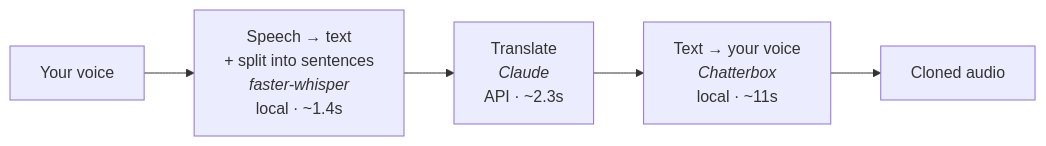
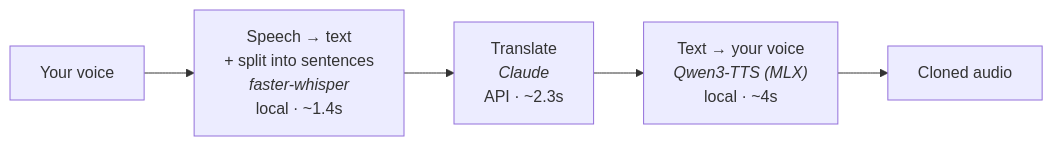
Before and after one commit to everyonesok/whisper-t: the diagram in README.md, drawn with Mermaid. The commit also changed other lines of this file and 8 other files, not shown here.

First line of the commit message:
Swap the voice model to Qwen3-TTS on MLX (ADR-0010)

````diff
--- a/README.md
+++ b/README.md
@@ -15,7 +17,7 @@
 ```mermaid
 flowchart LR
     A[Your voice] --> B["Speech → text<br/>+ split into sentences<br/><i>faster-whisper</i><br/>local · ~1.4s"]
     B --> C["Translate<br/><i>Claude</i><br/>API · ~2.3s"]
-    C --> D["Text → your voice<br/><i>Chatterbox</i><br/>local · ~11s"]
+    C --> D["Text → your voice<br/><i>Qwen3-TTS (MLX)</i><br/>local · ~4s"]
     D --> E[Cloned audio]
 ```
````
